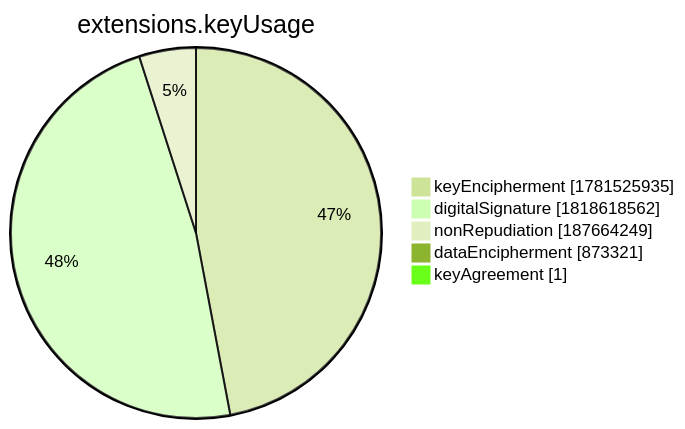
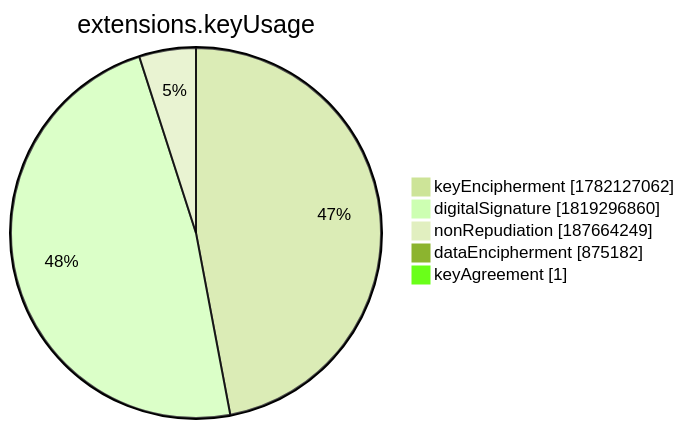
Before and after one commit to christiankrug/ctmonitor_visualization: the seventh of 15 diagrams in xenon2022/README.md, drawn with Mermaid (forest theme). The commit also changed other lines of this file, not shown here.

````diff
--- a/xenon2022/README.md
+++ b/xenon2022/README.md
@@ -2859,9 +2859,9 @@
 ```mermaid
 pie showData
 title extensions.keyUsage
-"keyEncipherment" :1781525935
-"digitalSignature" :1818618562
+"keyEncipherment" :1782127062
+"digitalSignature" :1819296860
 "nonRepudiation" :187664249
-"dataEncipherment" :873321
+"dataEncipherment" :875182
 "keyAgreement" :1
 ```
````
